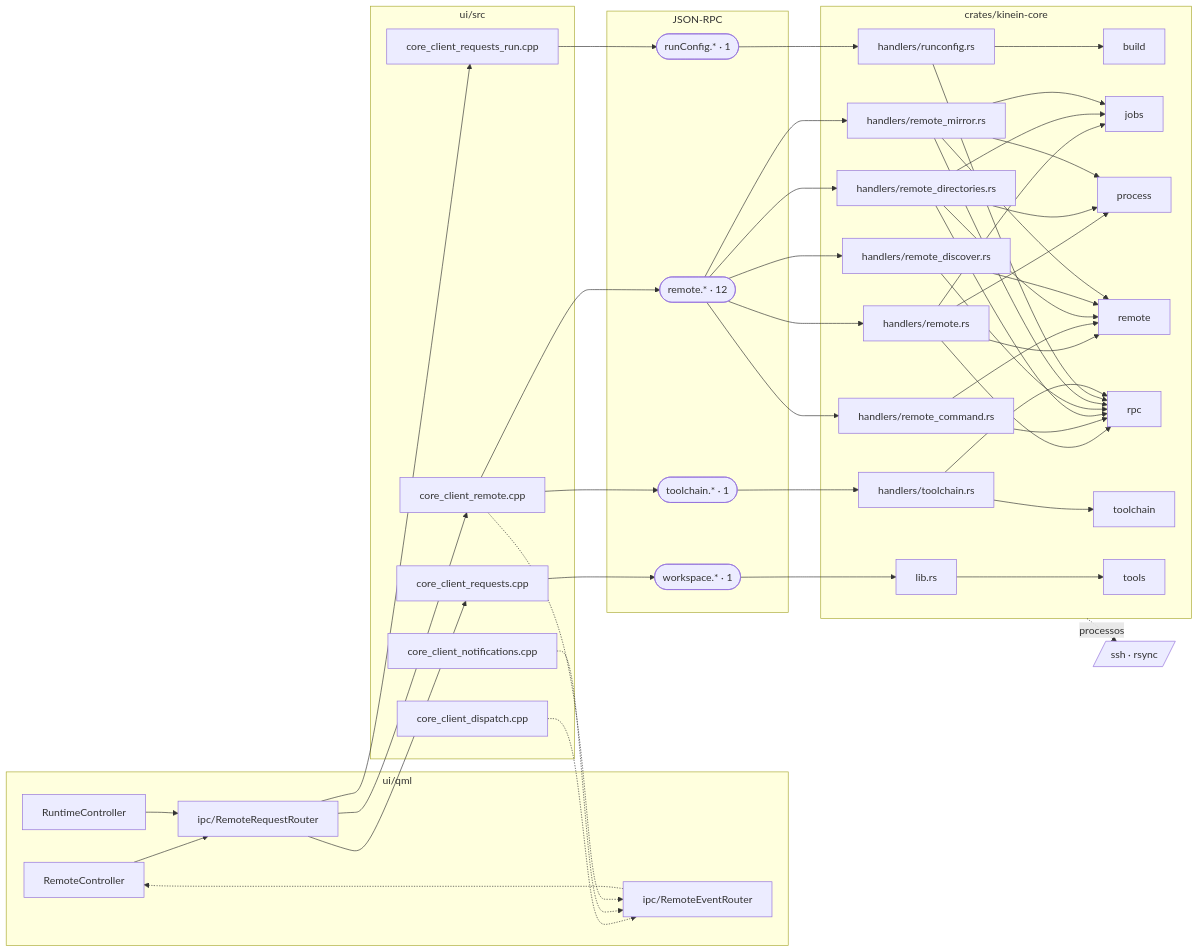
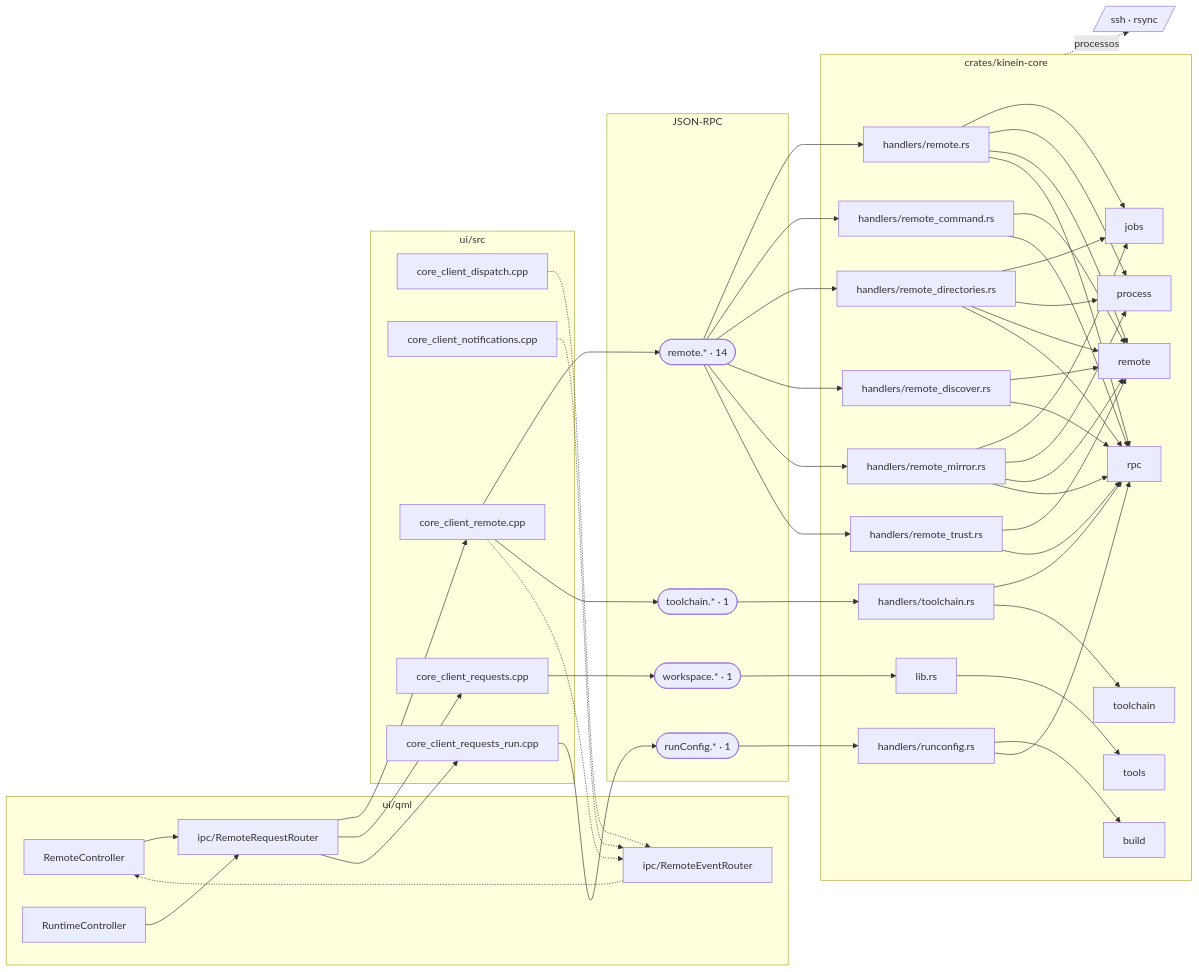
Before and after one commit to ViktorWalde/KineinVectis: diagram 12 of 16 in DocsPublic/arquitetura/01-mapa-de-modulos.md, drawn with Mermaid. The commit also changed other lines of this file and 85 other files, not shown here.

```diff
--- a/DocsPublic/arquitetura/01-mapa-de-modulos.md
+++ b/DocsPublic/arquitetura/01-mapa-de-modulos.md
@@ -1004,7 +1004,7 @@
     n_ui_src_core_client_requests_run_cpp["core_client_requests_run.cpp"]
   end
   subgraph IPC["JSON-RPC"]
-    n_ipc_remote(["remote.* · 12"])
+    n_ipc_remote(["remote.* · 14"])
     n_ipc_runConfig(["runConfig.* · 1"])
     n_ipc_toolchain(["toolchain.* · 1"])
     n_ipc_workspace(["workspace.* · 1"])
@@ -1015,6 +1015,7 @@
     n_crates_kinein_core_src_handlers_remote_directories_rs["handlers/remote_directories.rs"]
     n_crates_kinein_core_src_handlers_remote_discover_rs["handlers/remote_discover.rs"]
     n_crates_kinein_core_src_handlers_remote_mirror_rs["handlers/remote_mirror.rs"]
+    n_crates_kinein_core_src_handlers_remote_trust_rs["handlers/remote_trust.rs"]
     n_crates_kinein_core_src_handlers_runconfig_rs["handlers/runconfig.rs"]
     n_crates_kinein_core_src_handlers_toolchain_rs["handlers/toolchain.rs"]
     n_crates_kinein_core_src_lib_rs["lib.rs"]
@@ -1061,6 +1062,9 @@
   n_crates_kinein_core_src_handlers_remote_mirror_rs --> n_core_process
   n_crates_kinein_core_src_handlers_remote_mirror_rs --> n_core_remote
   n_crates_kinein_core_src_handlers_remote_mirror_rs --> n_core_rpc
+  n_ipc_remote --> n_crates_kinein_core_src_handlers_remote_trust_rs
+  n_crates_kinein_core_src_handlers_remote_trust_rs --> n_core_remote
+  n_crates_kinein_core_src_handlers_remote_trust_rs --> n_core_rpc
   n_ipc_runConfig --> n_crates_kinein_core_src_handlers_runconfig_rs
   n_crates_kinein_core_src_handlers_runconfig_rs --> n_core_build
   n_crates_kinein_core_src_handlers_runconfig_rs --> n_core_rpc
```
